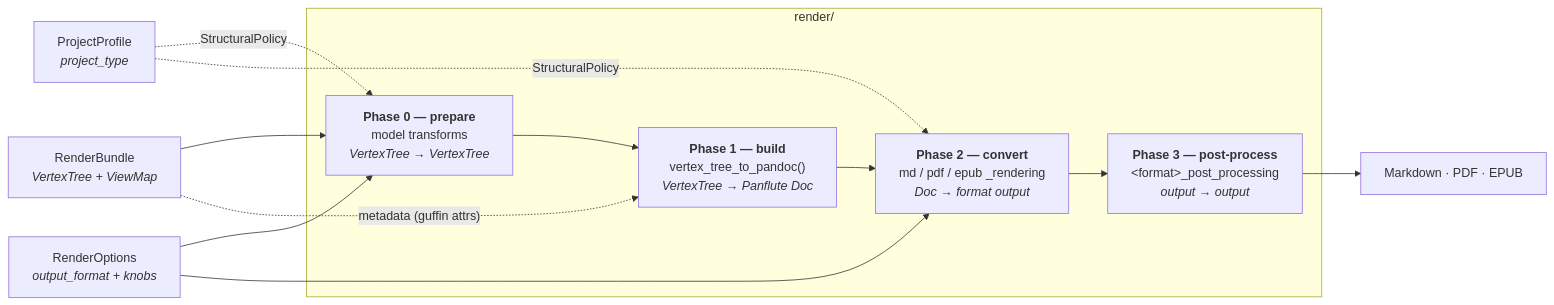
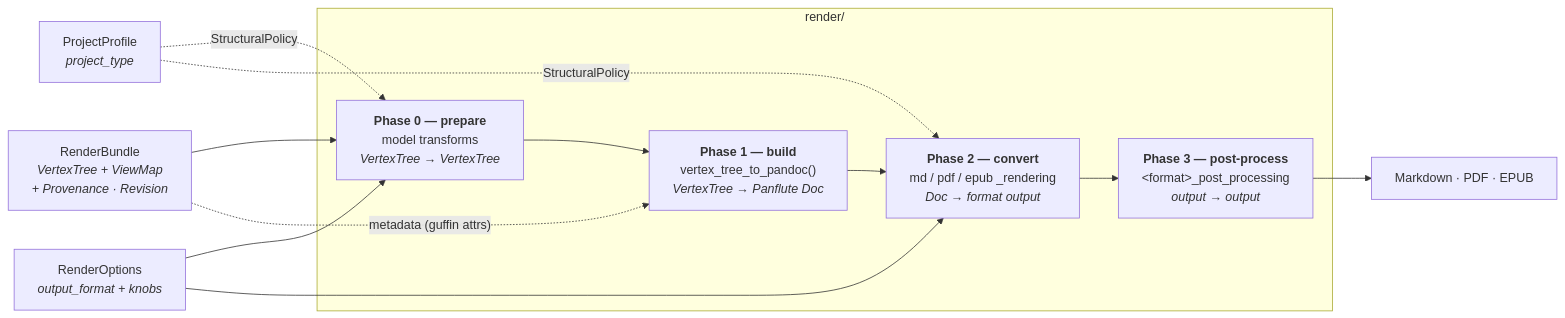
The diagram in docs/render-pipeline.md (jpanico/guffin), drawn with Mermaid before and after one commit. The commit also changed other lines of this file, not shown here.

First line of the commit message:
Bring the render-pipeline doc up to the current render layer

````diff
--- a/docs/render-pipeline.md
+++ b/docs/render-pipeline.md
@@ -18,24 +18,24 @@
 ```mermaid
 flowchart LR
-    VB["RenderBundle<br/><i>VertexTree + ViewMap</i>"]
+    VB["RenderBundle<br/><i>VertexTree + ViewMap<br/>+ Provenance · Revision</i>"]
     PP["ProjectProfile<br/><i>project_type</i>"]
     RO["RenderOptions<br/><i>output_format + knobs</i>"]
 
     subgraph render["render/"]
       P0["<b>Phase 0 — prepare</b><br/>model transforms<br/><i>VertexTree → VertexTree</i>"]
       P1["<b>Phase 1 — build</b><br/>vertex_tree_to_pandoc()<br/><i>VertexTree → Panflute Doc</i>"]
       P2["<b>Phase 2 — convert</b><br/>md / pdf / epub _rendering<br/><i>Doc → format output</i>"]
       P3["<b>Phase 3 — post-process</b><br/>&lt;format&gt;_post_processing<br/><i>output → output</i>"]
     end
 
     VB --> P0
     VB -. "metadata (guffin attrs)" .-> P1
     PP -. "StructuralPolicy" .-> P0
     PP -. "StructuralPolicy" .-> P2
     RO --> P0
     RO --> P2
     P0 --> P1
     P1 --> P2
     P2 --> P3
     P3 --> OUT["Markdown · PDF · EPUB"]
 ```
````
